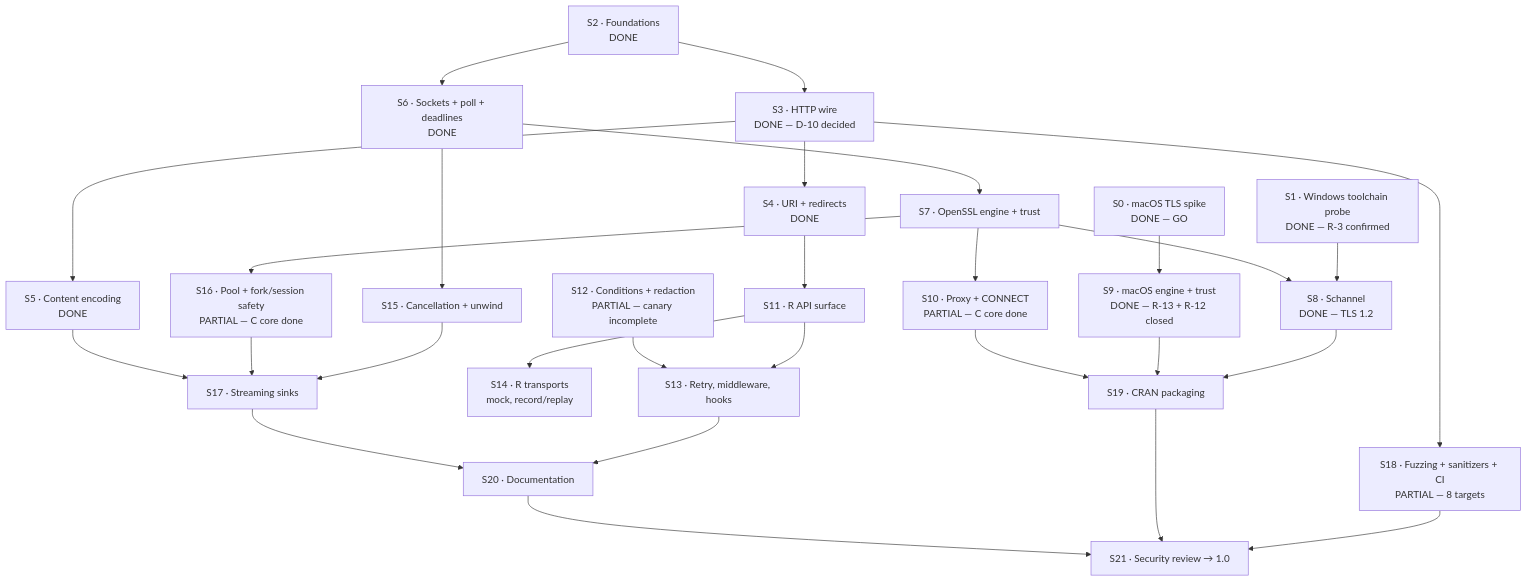
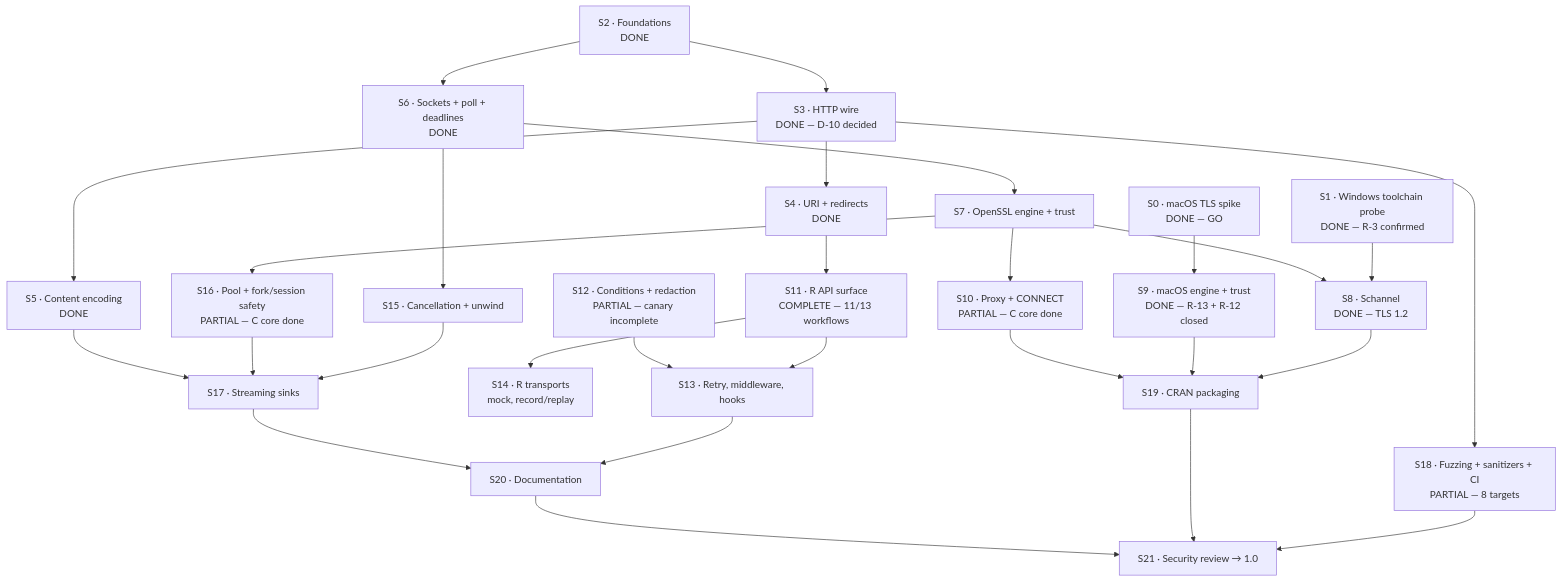
Before and after one commit to pedrobtz/zuhttp: the diagram in roadmap.md, drawn with Mermaid. The commit also changed other lines of this file and 50 other files, not shown here.

First line of the commit message:
S11: the R API surface

````diff
--- a/roadmap.md
+++ b/roadmap.md
@@ -28,58 +28,58 @@
 ```mermaid
 graph TD
     S0["S0 · macOS TLS spike<br/>DONE — GO"]
     S1["S1 · Windows toolchain probe<br/>DONE — R-3 confirmed"]
 
     S2["S2 · Foundations<br/>DONE"]
     S3["S3 · HTTP wire<br/>DONE — D-10 decided"]
     S4["S4 · URI + redirects<br/>DONE"]
     S5["S5 · Content encoding<br/>DONE"]
 
     S6["S6 · Sockets + poll + deadlines<br/>DONE"]
     S7["S7 · OpenSSL engine + trust"]
     S8["S8 · Schannel<br/>DONE — TLS 1.2"]
     S9["S9 · macOS engine + trust<br/>DONE — R-13 + R-12 closed"]
     S10["S10 · Proxy + CONNECT<br/>PARTIAL — C core done"]
 
-    S11["S11 · R API surface"]
+    S11["S11 · R API surface<br/>COMPLETE — 11/13 workflows"]
     S12["S12 · Conditions + redaction<br/>PARTIAL — canary incomplete"]
     S13["S13 · Retry, middleware, hooks"]
     S14["S14 · R transports<br/>mock, record/replay"]
 
     S15["S15 · Cancellation + unwind"]
     S16["S16 · Pool + fork/session safety<br/>PARTIAL — C core done"]
     S17["S17 · Streaming sinks"]
 
     S18["S18 · Fuzzing + sanitizers + CI<br/>PARTIAL — 8 targets"]
     S19["S19 · CRAN packaging"]
     S20["S20 · Documentation"]
     S21["S21 · Security review → 1.0"]
 
     S0 --> S9
     S1 --> S8
     S2 --> S3
     S2 --> S6
     S3 --> S4
     S3 --> S5
     S3 --> S18
     S6 --> S7
     S6 --> S15
     S7 --> S8
     S7 --> S10
     S7 --> S16
     S8 --> S19
     S9 --> S19
     S4 --> S11
     S11 --> S13
     S12 --> S13
     S11 --> S14
     S15 --> S17
     S16 --> S17
     S13 --> S20
     S17 --> S20
     S18 --> S21
     S19 --> S21
     S20 --> S21
     S10 --> S19
     S5 --> S17
 ```
````
